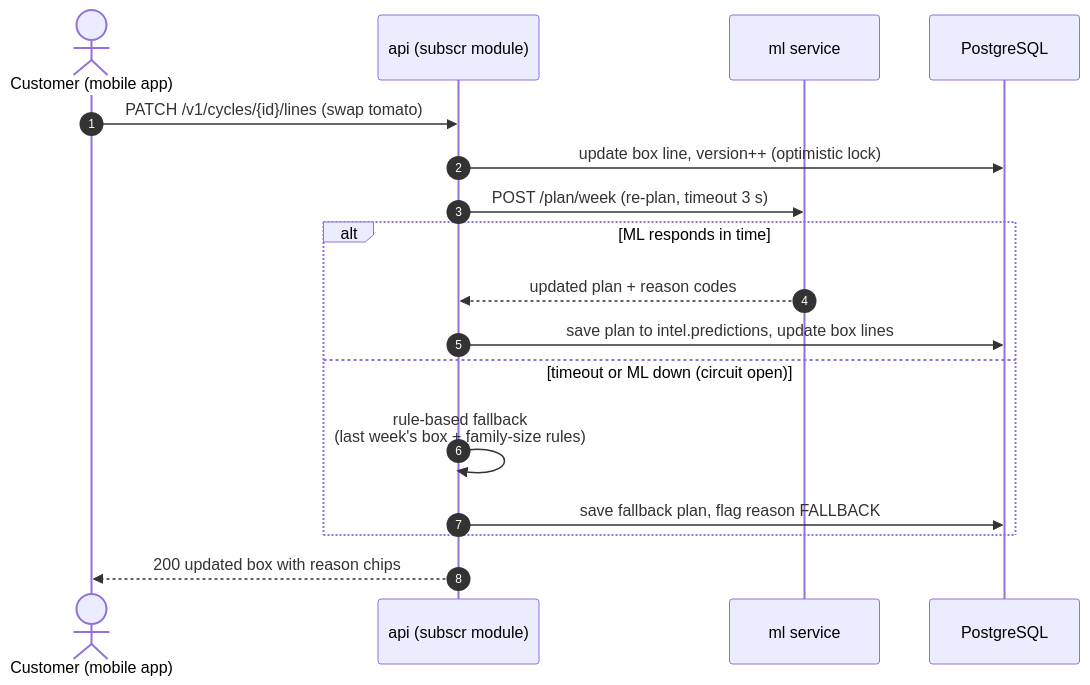
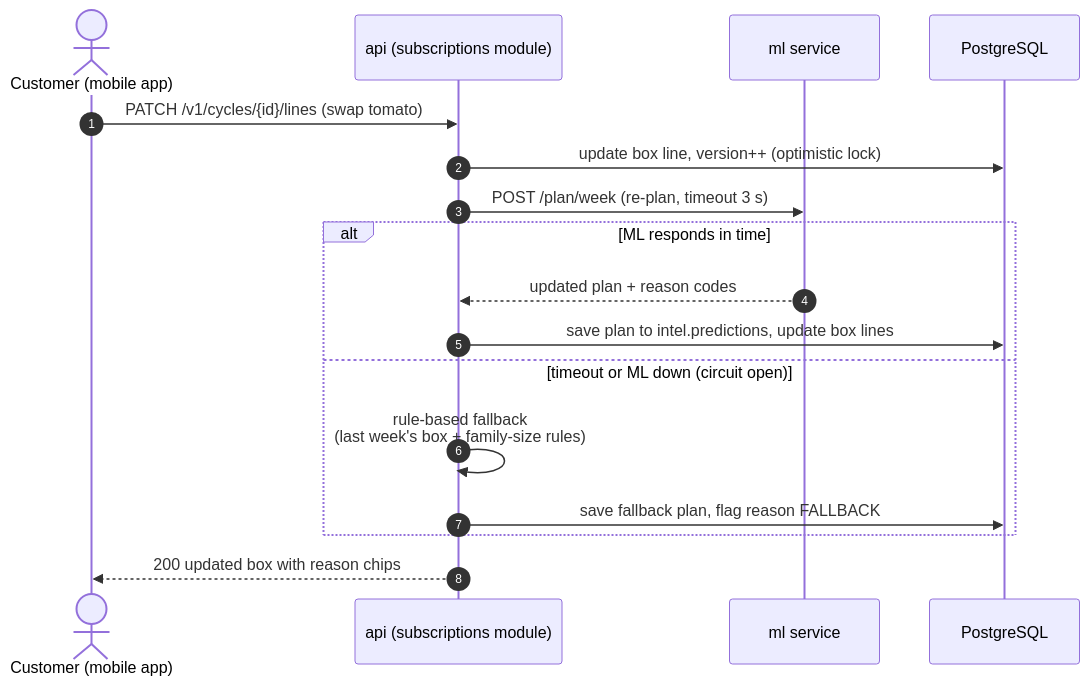
One commit to prelekar7/GharBasket changed the fourth of 4 diagrams in docs/handbook/08-ai-and-ml.md. Above: the diagram before and after it, drawn with Mermaid. The commit also changed other lines of this file and 154 other files, not shown here.

````diff
--- a/docs/handbook/08-ai-and-ml.md
+++ b/docs/handbook/08-ai-and-ml.md
@@ -99,19 +99,19 @@
 ```mermaid
 sequenceDiagram
     autonumber
     actor C as Customer (mobile app)
-    participant API as api (subscr module)
+    participant API as api (subscriptions module)
     participant ML as ml service
     participant DB as PostgreSQL
     C->>API: PATCH /v1/cycles/{id}/lines (swap tomato)
     API->>DB: update box line, version++ (optimistic lock)
     API->>ML: POST /plan/week (re-plan, timeout 3 s)
     alt ML responds in time
         ML-->>API: updated plan + reason codes
         API->>DB: save plan to intel.predictions, update box lines
     else timeout or ML down (circuit open)
         API->>API: rule-based fallback<br/>(last week's box + family-size rules)
         API->>DB: save fallback plan, flag reason FALLBACK
     end
     API-->>C: 200 updated box with reason chips
 ```
````
